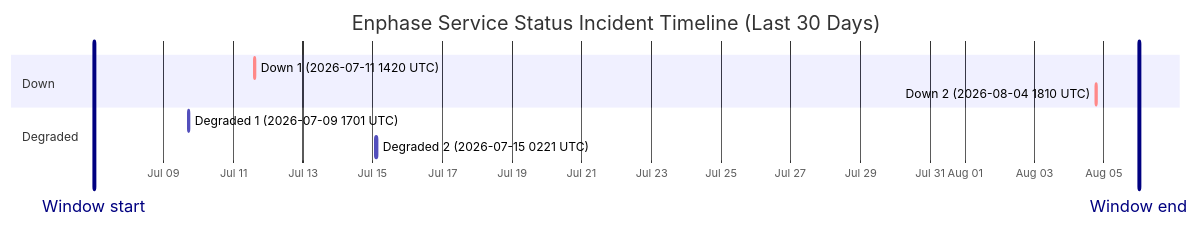
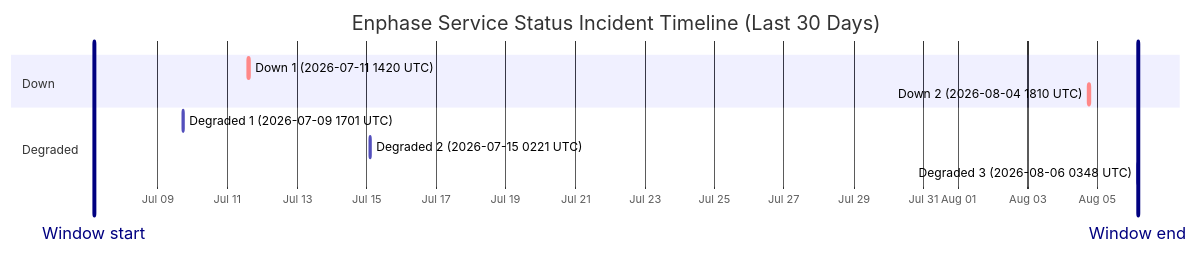
Before and after one commit to barneyonline/ha-enphase-energy: the diagram in wiki/Service-Status-History.md, drawn with Mermaid. The commit also changed other lines of this file and 5 other files, not shown here.

````diff
--- a/wiki/Service-Status-History.md
+++ b/wiki/Service-Status-History.md
@@ -14,14 +14,15 @@
 ```mermaid
 gantt
     title Enphase Service Status Incident Timeline (Last 30 Days)
     dateFormat  YYYY-MM-DDTHH:mm:ss
     axisFormat  %b %d
-    Window start :vert, window-start, 2026-07-07T00:00:45, 0ms
-    Window end :vert, window-end, 2026-08-06T00:00:45, 0ms
+    Window start :vert, window-start, 2026-07-07T03:48:14, 0ms
+    Window end :vert, window-end, 2026-08-06T03:48:14, 0ms
     section Down
     Down 1 (2026-07-11 1420 UTC) :crit, down-1, 2026-07-11T14:20:54, 69m
     Down 2 (2026-08-04 1810 UTC) :crit, down-2, 2026-08-04T18:10:46, 60m
     section Degraded
     Degraded 1 (2026-07-09 1701 UTC) :active, degraded-1, 2026-07-09T17:01:02, 60m
     Degraded 2 (2026-07-15 0221 UTC) :active, degraded-2, 2026-07-15T02:21:35, 60m
+    Degraded 3 (2026-08-06 0348 UTC) :active, degraded-3, 2026-08-06T03:48:14, 60m
 ```
````
